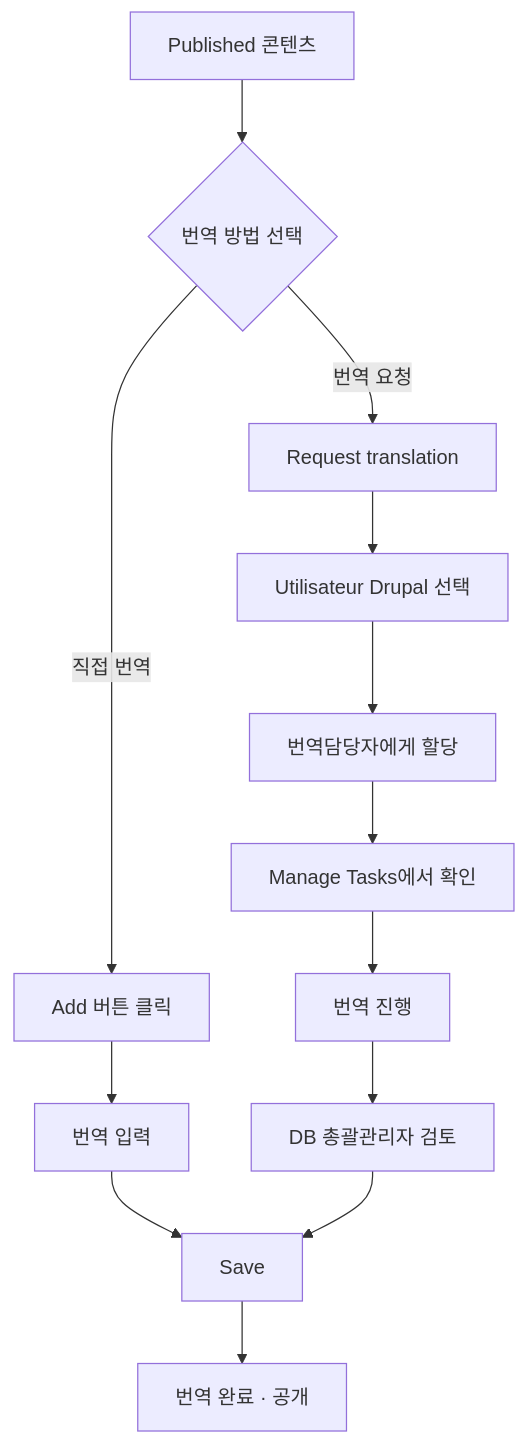
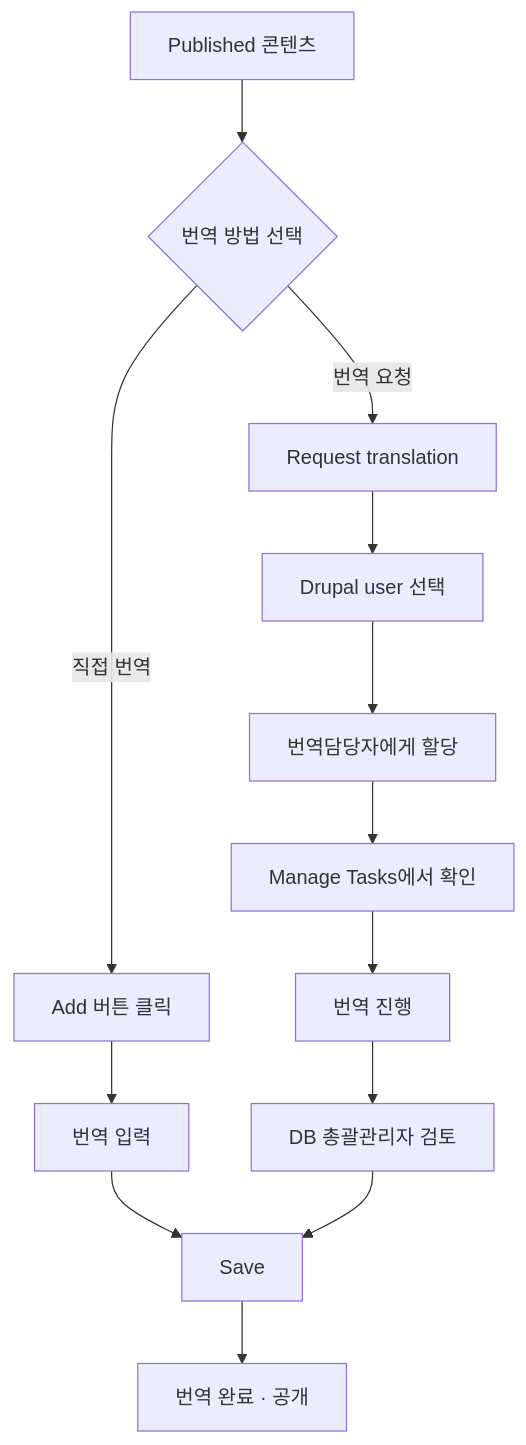
Before and after one commit to sknkwoxs/manual-book: the third of 3 diagrams in src/content/docs/gced/manual/06-translation.md, drawn with Mermaid. The commit also changed other lines of this file and 5 other files, not shown here.

````diff
--- a/src/content/docs/gced/manual/06-translation.md
+++ b/src/content/docs/gced/manual/06-translation.md
@@ -320,15 +431,15 @@
 ```mermaid
 flowchart TD
     A[Published 콘텐츠] --> B{번역 방법 선택}
     B -->|직접 번역| C[Add 버튼 클릭]
     B -->|번역 요청| D[Request translation]
     C --> E[번역 입력]
-    D --> F[Utilisateur Drupal 선택]
+    D --> F[Drupal user 선택]
     F --> G[번역담당자에게 할당]
     G --> H[Manage Tasks에서 확인]
     H --> I[번역 진행]
     E --> J[Save]
     I --> K[DB 총괄관리자 검토]
     K --> J
     J --> L[번역 완료 · 공개]
 ```
````
